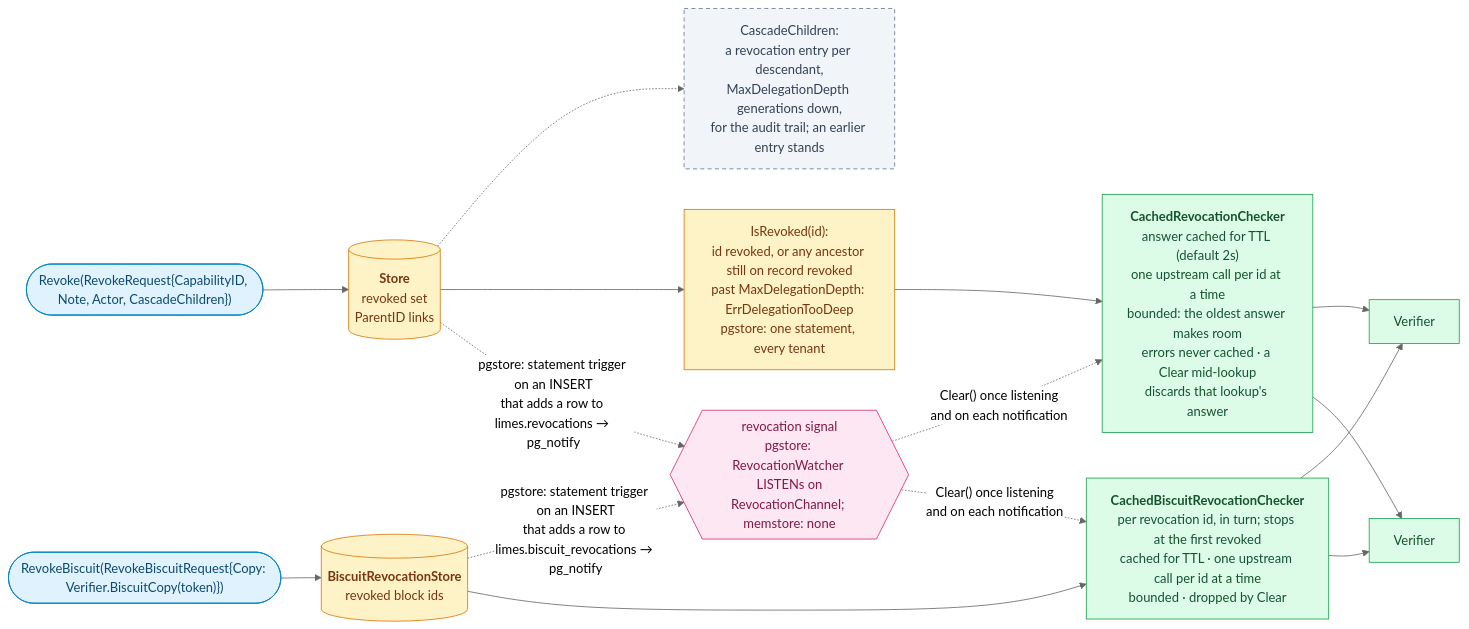
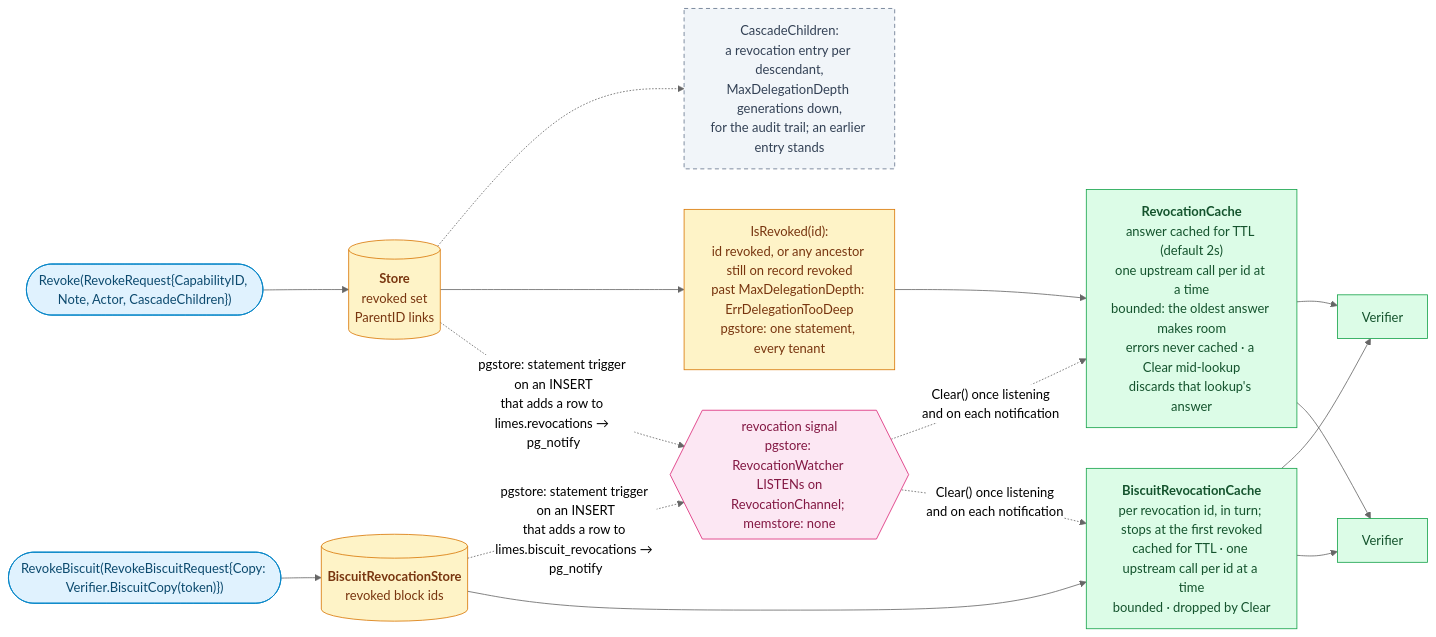
One commit to oleg-tkachuk/limes changed diagram 11 of 13 in docs/diagrams.md. Above: the diagram before and after it, drawn with Mermaid (neutral theme). The commit also changed other lines of this file and 10 other files, not shown here.

````diff
--- a/docs/diagrams.md
+++ b/docs/diagrams.md
@@ -833,38 +833,38 @@
 ```mermaid
 flowchart LR
     op(["Revoke(RevokeRequest{CapabilityID, Note, Actor, CascadeChildren})"])
     store[("<b>Store</b><br/>revoked set<br/>ParentID links")]
     cascade["CascadeChildren:<br/>a revocation entry per descendant,<br/>MaxDelegationDepth generations down,<br/>for the audit trail; an earlier entry stands"]
     chain["IsRevoked(id):<br/>id revoked, or any ancestor still on record revoked<br/>past MaxDelegationDepth: ErrDelegationTooDeep<br/>pgstore: one statement, every tenant"]
-    cache["<b>CachedRevocationChecker</b><br/>answer cached for TTL (default 2s)<br/>one upstream call per id at a time<br/>bounded: the oldest answer makes room<br/>errors never cached · a Clear mid-lookup<br/>discards that lookup's answer"]
+    cache["<b>RevocationCache</b><br/>answer cached for TTL (default 2s)<br/>one upstream call per id at a time<br/>bounded: the oldest answer makes room<br/>errors never cached · a Clear mid-lookup<br/>discards that lookup's answer"]
     notify{{"revocation signal<br/>pgstore: RevocationWatcher LISTENs on<br/>RevocationChannel; memstore: none"}}
     bop(["RevokeBiscuit(RevokeBiscuitRequest{Copy: Verifier.BiscuitCopy(token)})"])
     blist[("<b>BiscuitRevocationStore</b><br/>revoked block ids")]
-    bcache["<b>CachedBiscuitRevocationChecker</b><br/>per revocation id, in turn; stops at the first revoked<br/>cached for TTL · one upstream call per id at a time<br/>bounded · dropped by Clear"]
+    bcache["<b>BiscuitRevocationCache</b><br/>per revocation id, in turn; stops at the first revoked<br/>cached for TTL · one upstream call per id at a time<br/>bounded · dropped by Clear"]
     v1["Verifier"]
     v2["Verifier"]
 
     op --> store
     store -.-> cascade
     store --> chain --> cache
     cache --> v1
     cache --> v2
     store -. "pgstore: statement trigger on an INSERT<br/>that adds a row to limes.revocations → pg_notify" .-> notify
     blist -. "pgstore: statement trigger on an INSERT<br/>that adds a row to limes.biscuit_revocations → pg_notify" .-> notify
     notify -. "Clear() once listening<br/>and on each notification" .-> cache
     bop --> blist --> bcache
     bcache --> v1
     bcache --> v2
     notify -. "Clear() once listening<br/>and on each notification" .-> bcache
 
     classDef client fill:#E0F2FE,stroke:#0284C7,color:#0C4A6E
     classDef role fill:#DCFCE7,stroke:#16A34A,color:#14532D
     classDef optional fill:#F1F5F9,stroke:#64748B,color:#334155,stroke-dasharray:5 4
     classDef store fill:#FEF3C7,stroke:#D97706,color:#78350F
     classDef external fill:#FCE7F3,stroke:#DB2777,color:#831843
     class op,bop client
     class v1,v2,cache,bcache role
     class cascade optional
     class store,chain,blist store
     class notify external
 ```
````
